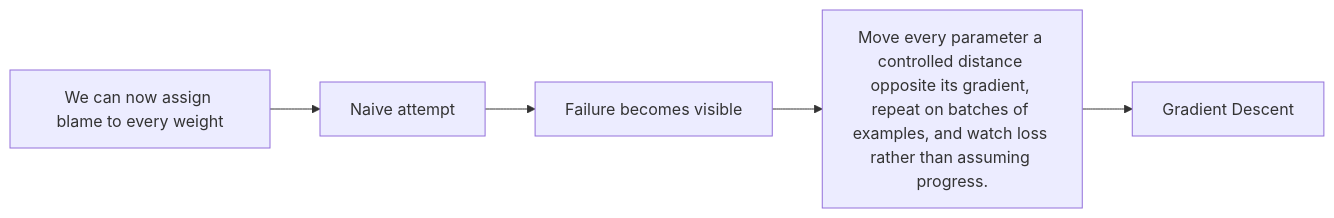
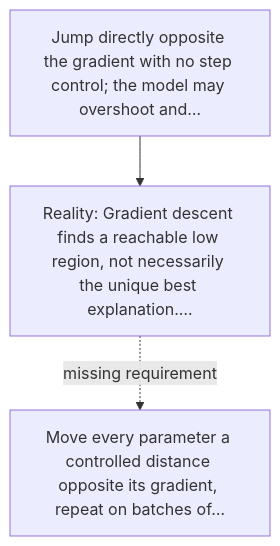
Before and after one commit to kleem-labs/AI-Archaeology: the diagram in excavations/025-gradient-descent/diagram.md, drawn with Mermaid. The commit also changed other lines of this file and 288 other files, not shown here.

````diff
--- a/excavations/025-gradient-descent/diagram.md
+++ b/excavations/025-gradient-descent/diagram.md
@@ -3,7 +5,5 @@
-~~~mermaid
-flowchart LR
- A["We can now assign blame to every weight"] --> B["Naive attempt"]
- B --> C["Failure becomes visible"]
- C --> D["Move every parameter a controlled distance opposite its gradient, repeat on batches of examples, and watch loss rather than assuming progress."]
- D --> E["Gradient Descent"]
-~~~
+```mermaid
+flowchart TD
+    A["Jump directly opposite the gradient with no step control; the model may overshoot and…"] --> B["Reality: Gradient descent finds a reachable low region, not necessarily the unique best explanation.…"]
+    B -. "missing requirement" .-> C["Move every parameter a controlled distance opposite its gradient, repeat on batches of…"]
+```
````
